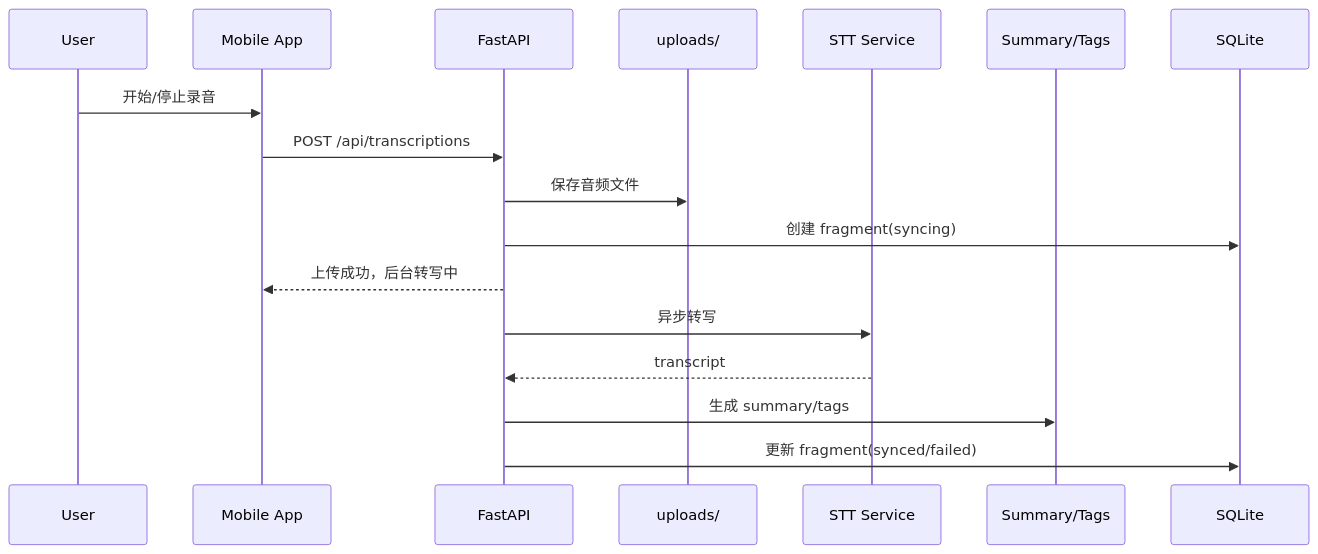
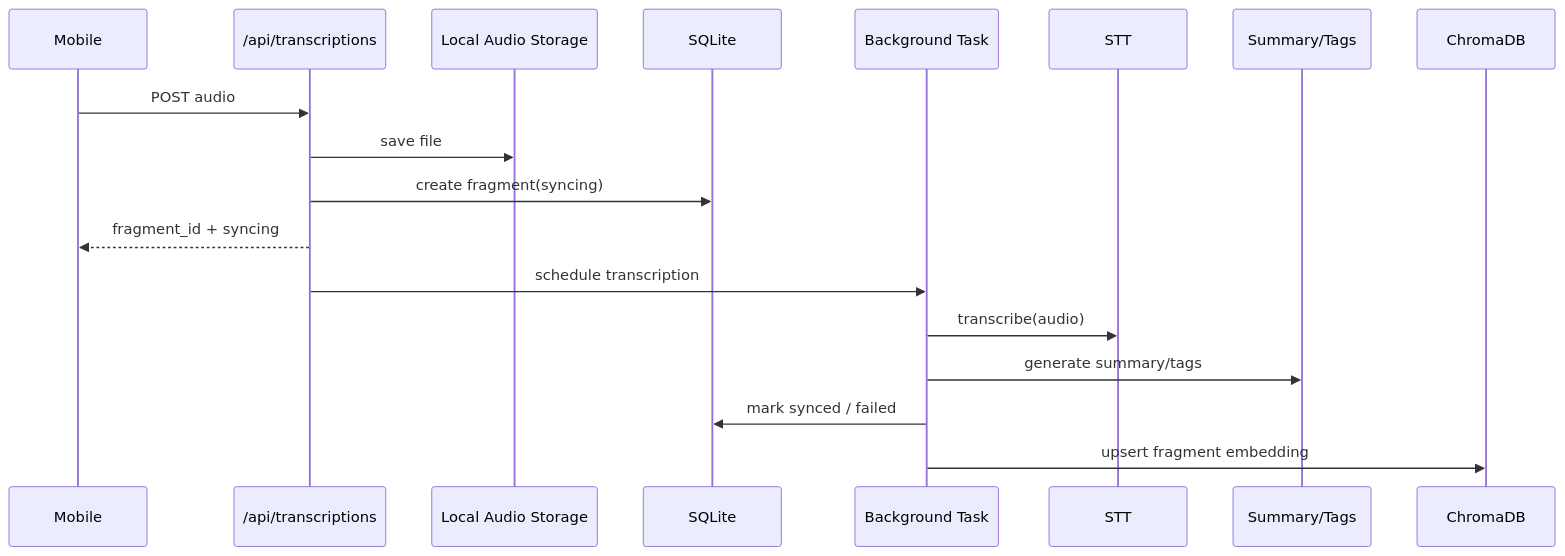
One commit to YCZA2/SparkFlow changed the fourth of 7 diagrams in memory-bank/architecture.md. Above: the diagram before and after it, drawn with Mermaid. The commit also changed other lines of this file and 11 other files, not shown here.

````diff
--- a/memory-bank/architecture.md
+++ b/memory-bank/architecture.md
@@ -178,20 +175,21 @@
 ```mermaid
 sequenceDiagram
-    participant User
-    participant App as Mobile App
-    participant API as FastAPI
-    participant File as uploads/
-    participant STT as STT Service
+    participant App as Mobile
+    participant API as /api/transcriptions
+    participant FS as Local Audio Storage
+    participant DB as SQLite
+    participant BG as Background Task
+    participant STT as STT
     participant LLM as Summary/Tags
-    participant DB as SQLite
+    participant VDB as ChromaDB
 
-    User->>App: 开始/停止录音
-    App->>API: POST /api/transcriptions
-    API->>File: 保存音频文件
-    API->>DB: 创建 fragment(syncing)
-    API-->>App: 上传成功，后台转写中
-    API->>STT: 异步转写
-    STT-->>API: transcript
-    API->>LLM: 生成 summary/tags
-    API->>DB: 更新 fragment(synced/failed)
+    App->>API: POST audio
+    API->>FS: save file
+    API->>DB: create fragment(syncing)
+    API-->>App: fragment_id + syncing
+    API->>BG: schedule transcription
+    BG->>STT: transcribe(audio)
+    BG->>LLM: generate summary/tags
+    BG->>DB: mark synced / failed
+    BG->>VDB: upsert fragment embedding
 ```
````
